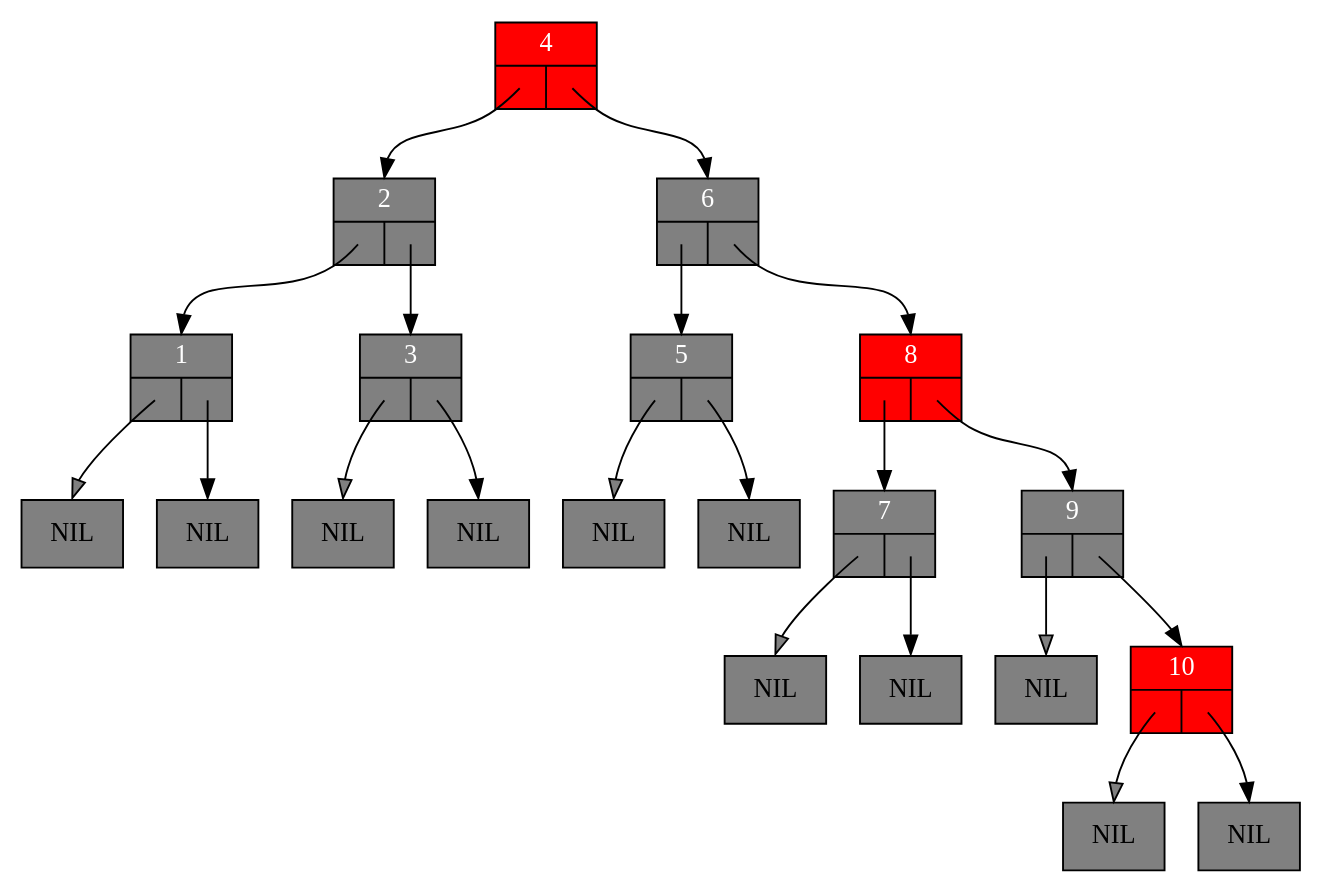
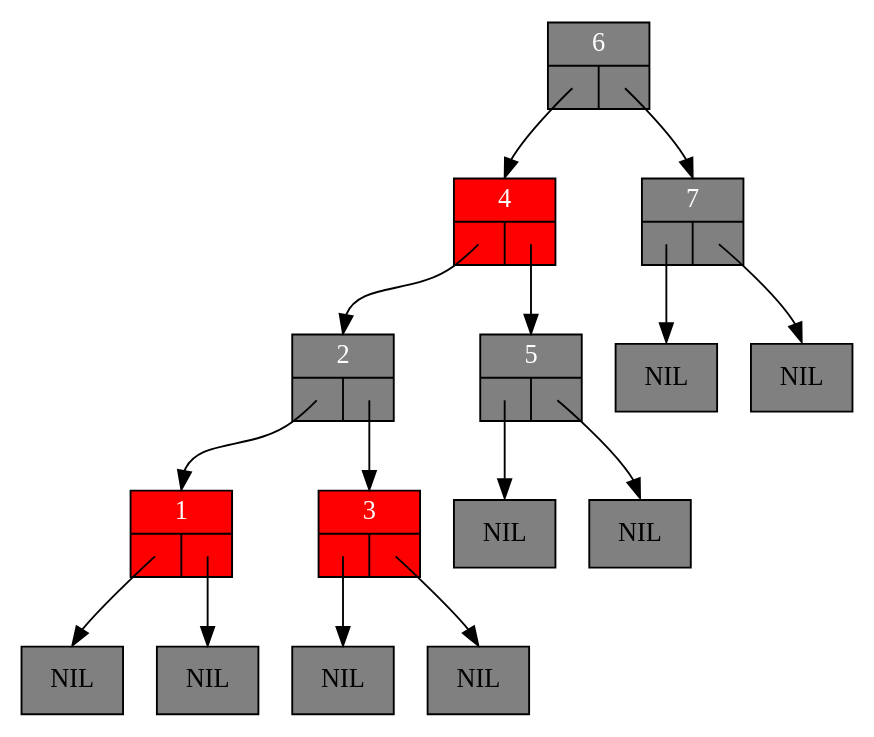
One commit to NOTuglyduckling/C changed the diagram in Algo3/base_code_lab6/Code/redblacktree_0.dot. Above: the diagram before and after it, drawn with Graphviz. The commit also changed 66 other files, not shown here.

```diff
--- a/Algo3/base_code_lab6/Code/redblacktree_0.dot
+++ b/Algo3/base_code_lab6/Code/redblacktree_0.dot
@@ -1,47 +1,35 @@
 digraph RedBlackTree {
 	graph [ranksep=0.5];
 	node [shape = record];
 
-	n1 [style=filled, fillcolor=grey, fontcolor=white, label="{1|{<left>|<right>}}"];
+	n1 [style=filled, fillcolor=red, fontcolor=white, label="{1|{<left>|<right>}}"];
 	lnil1 [style=filled, fillcolor=grey, label="NIL"];
-	n1:left:c -> lnil1:n [fillcolor=grey, headclip=false, tailclip=false]
+	n1:left:c -> lnil1:n [headclip=false, tailclip=false]
 	rnil1 [style=filled, fillcolor=grey, label="NIL"];
 	n1:right:c -> rnil1:n [headclip=false, tailclip=false]
 	n2 [style=filled, fillcolor=grey, fontcolor=white, label="{2|{<left>|<right>}}"];
 	n2:left:c -> n1:n [headclip=false, tailclip=false]
 	n2:right:c -> n3:n [headclip=false, tailclip=false]
-	n3 [style=filled, fillcolor=grey, fontcolor=white, label="{3|{<left>|<right>}}"];
+	n3 [style=filled, fillcolor=red, fontcolor=white, label="{3|{<left>|<right>}}"];
 	lnil3 [style=filled, fillcolor=grey, label="NIL"];
-	n3:left:c -> lnil3:n [fillcolor=grey, headclip=false, tailclip=false]
+	n3:left:c -> lnil3:n [headclip=false, tailclip=false]
 	rnil3 [style=filled, fillcolor=grey, label="NIL"];
 	n3:right:c -> rnil3:n [headclip=false, tailclip=false]
 	n4 [style=filled, fillcolor=red, fontcolor=white, label="{4|{<left>|<right>}}"];
 	n4:left:c -> n2:n [headclip=false, tailclip=false]
-	n4:right:c -> n6:n [headclip=false, tailclip=false]
+	n4:right:c -> n5:n [headclip=false, tailclip=false]
 	n5 [style=filled, fillcolor=grey, fontcolor=white, label="{5|{<left>|<right>}}"];
 	lnil5 [style=filled, fillcolor=grey, label="NIL"];
-	n5:left:c -> lnil5:n [fillcolor=grey, headclip=false, tailclip=false]
+	n5:left:c -> lnil5:n [headclip=false, tailclip=false]
 	rnil5 [style=filled, fillcolor=grey, label="NIL"];
 	n5:right:c -> rnil5:n [headclip=false, tailclip=false]
 	n6 [style=filled, fillcolor=grey, fontcolor=white, label="{6|{<left>|<right>}}"];
-	n6:left:c -> n5:n [headclip=false, tailclip=false]
-	n6:right:c -> n8:n [headclip=false, tailclip=false]
+	n6:left:c -> n4:n [headclip=false, tailclip=false]
+	n6:right:c -> n7:n [headclip=false, tailclip=false]
 	n7 [style=filled, fillcolor=grey, fontcolor=white, label="{7|{<left>|<right>}}"];
 	lnil7 [style=filled, fillcolor=grey, label="NIL"];
-	n7:left:c -> lnil7:n [fillcolor=grey, headclip=false, tailclip=false]
+	n7:left:c -> lnil7:n [headclip=false, tailclip=false]
 	rnil7 [style=filled, fillcolor=grey, label="NIL"];
 	n7:right:c -> rnil7:n [headclip=false, tailclip=false]
-	n8 [style=filled, fillcolor=red, fontcolor=white, label="{8|{<left>|<right>}}"];
-	n8:left:c -> n7:n [headclip=false, tailclip=false]
-	n8:right:c -> n9:n [headclip=false, tailclip=false]
-	n9 [style=filled, fillcolor=grey, fontcolor=white, label="{9|{<left>|<right>}}"];
-	lnil9 [style=filled, fillcolor=grey, label="NIL"];
-	n9:left:c -> lnil9:n [fillcolor=grey, headclip=false, tailclip=false]
-	n9:right:c -> n10:n [headclip=false, tailclip=false]
-	n10 [style=filled, fillcolor=red, fontcolor=white, label="{10|{<left>|<right>}}"];
-	lnil10 [style=filled, fillcolor=grey, label="NIL"];
-	n10:left:c -> lnil10:n [fillcolor=grey, headclip=false, tailclip=false]
-	rnil10 [style=filled, fillcolor=grey, label="NIL"];
-	n10:right:c -> rnil10:n [headclip=false, tailclip=false]
 
 }
```
